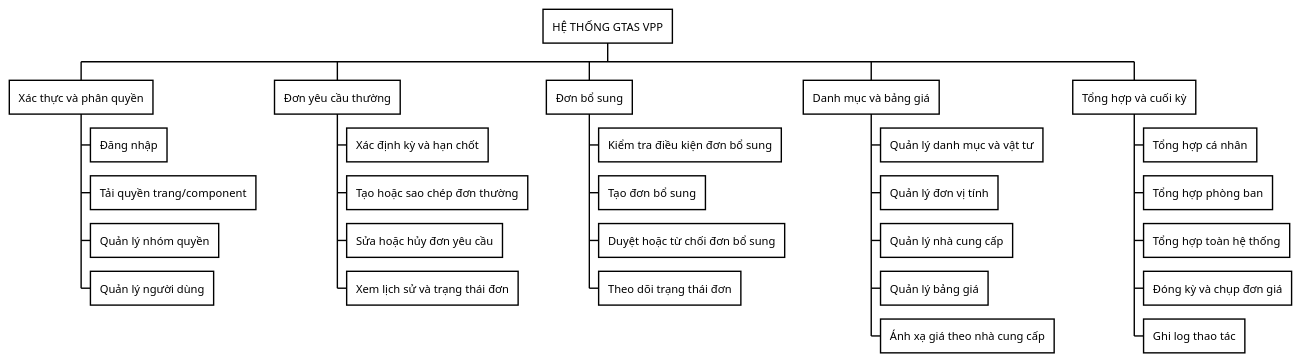
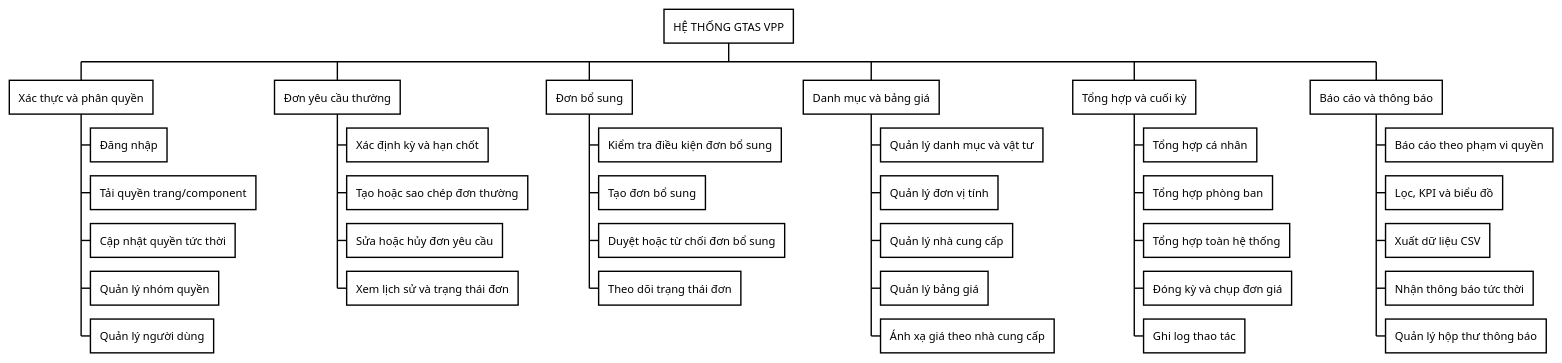
The diagram in LVTN/diagrams/ch02/functional-decomposition.puml (Miikey24s/gtas_vpp), drawn with PlantUML before and after one commit. The commit also changed 24 other files, not shown here.

```diff
--- a/LVTN/diagrams/ch02/functional-decomposition.puml
+++ b/LVTN/diagrams/ch02/functional-decomposition.puml
@@ -1,48 +1,55 @@
 @startwbs
 ' Nội dung nguồn của Hình 2-2.
 ' Bố cục cố định giống hình mẫu được xuất bởi functional-decomposition-layout.py.
 <style>
 wbsDiagram {
   BackgroundColor white
   LineColor black
   FontName Arial
   FontColor black
   node {
     BackgroundColor white
     LineColor black
     FontName Arial
     FontColor black
   }
 }
 </style>
 
 * HỆ THỐNG GTAS VPP
 ** Xác thực và phân quyền
 *** Đăng nhập
 *** Tải quyền trang/component
+*** Cập nhật quyền tức thời
 *** Quản lý nhóm quyền
 *** Quản lý người dùng
 ** Đơn yêu cầu thường
 *** Xác định kỳ và hạn chốt
 *** Tạo hoặc sao chép đơn thường
 *** Sửa hoặc hủy đơn yêu cầu
 *** Xem lịch sử và trạng thái đơn
 ** Đơn bổ sung
 *** Kiểm tra điều kiện đơn bổ sung
 *** Tạo đơn bổ sung
 *** Duyệt hoặc từ chối đơn bổ sung
 *** Theo dõi trạng thái đơn
 ** Danh mục và bảng giá
 *** Quản lý danh mục và vật tư
 *** Quản lý đơn vị tính
 *** Quản lý nhà cung cấp
 *** Quản lý bảng giá
 *** Ánh xạ giá theo nhà cung cấp
 ** Tổng hợp và cuối kỳ
 *** Tổng hợp cá nhân
 *** Tổng hợp phòng ban
 *** Tổng hợp toàn hệ thống
 *** Đóng kỳ và chụp đơn giá
 *** Ghi log thao tác
+** Báo cáo và thông báo
+*** Báo cáo theo phạm vi quyền
+*** Lọc, KPI và biểu đồ
+*** Xuất dữ liệu CSV
+*** Nhận thông báo tức thời
+*** Quản lý hộp thư thông báo
 
 @endwbs
```
